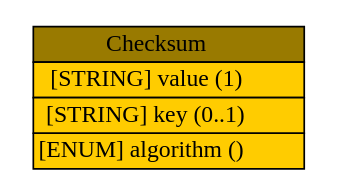
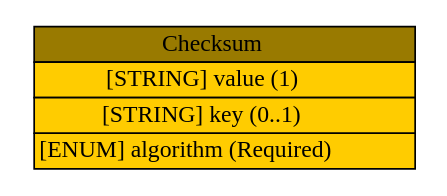
One commit to Moutix/idmef_parser changed the diagram in idmef/graph/Checksum.dot. Above: the diagram before and after it, drawn with Graphviz. The commit also changed 95 other files, not shown here.

Commit message:
Complete IDMEF schema

```diff
--- a/idmef/graph/Checksum.dot
+++ b/idmef/graph/Checksum.dot
@@ -1,6 +1,6 @@
 digraph Checksum {
 	graph [rankdir=LR];
 	node [label="\N"];
-	graph [bb="0,0,166,88"];
-	Checksum [label=<<table BORDER="0" CELLBORDER="1" CELLSPACING="0"> <tr > <td BGCOLOR="#997a00" HREF="#" TITLE="The Checksum class represents checksum information associated with the file. This checksum information can be provided by file integrity checkers, among others. ">Checksum</td> </tr>" %<tr><td BGCOLOR="#FFCC00" HREF="#" TITLE="The value of the checksum.">[STRING] value (1) </td></tr>%<tr><td BGCOLOR="#FFCC00" HREF="#" TITLE="The key to the checksum, if appropriate.">[STRING] key (0..1) </td></tr>%<tr><td BGCOLOR="#FFCC00" HREF="#" TITLE="default value.  (See also Section 10.)">[ENUM] algorithm () </td></tr>%</table>>, shape=plaintext, pos="83,44", width="2.3056", height="1.2361"];
+	graph [bb="0,0,228,88"];
+	Checksum [label=<<table BORDER="0" CELLBORDER="1" CELLSPACING="0"> <tr > <td BGCOLOR="#997a00" HREF="#" TITLE="The Checksum class represents checksum information associated with the file. This checksum information can be provided by file integrity checkers, among others. ">Checksum</td> </tr>" %<tr><td BGCOLOR="#FFCC00" HREF="#" TITLE="The value of the checksum.">[STRING] value (1) </td></tr>%<tr><td BGCOLOR="#FFCC00" HREF="#" TITLE="The key to the checksum, if appropriate.">[STRING] key (0..1) </td></tr>%<tr><td BGCOLOR="#FFCC00" HREF="#" TITLE="default value.  (See also Section 10.)">[ENUM] algorithm (Required) </td></tr>%</table>>, shape=plaintext, pos="114,44", width="3.1389", height="1.2361"];
 }
```
